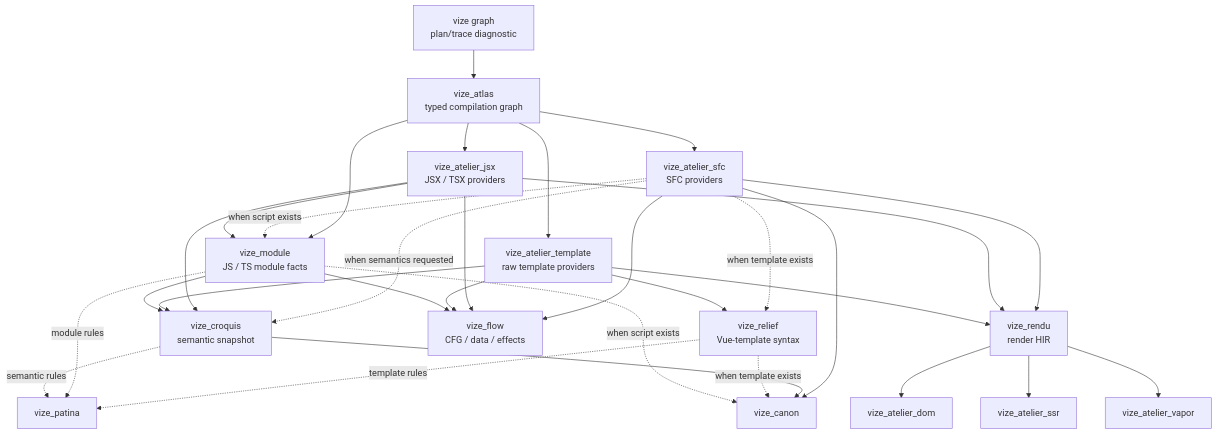
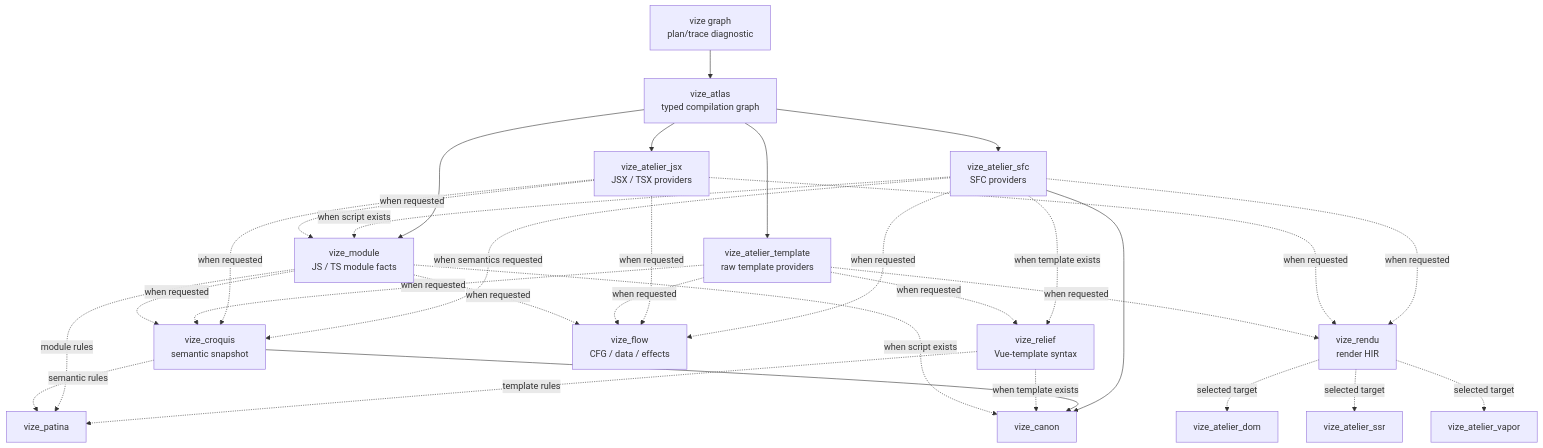
One commit to ubugeeei-prod/vize changed the first of 2 diagrams in docs/content/architecture/overview.md. Above: the diagram before and after it, drawn with Mermaid. The commit also changed other lines of this file and 52 other files, not shown here.

````diff
--- a/docs/content/architecture/overview.md
+++ b/docs/content/architecture/overview.md
@@ -26,35 +26,35 @@
 ```mermaid
 graph TD
     Canary["vize graph<br/>plan/trace diagnostic"] --> Atlas["vize_atlas<br/>typed compilation graph"]
 
     Atlas --> Sfc["vize_atelier_sfc<br/>SFC providers"]
     Atlas --> Template["vize_atelier_template<br/>raw template providers"]
     Atlas --> Jsx["vize_atelier_jsx<br/>JSX / TSX providers"]
     Atlas --> Module["vize_module<br/>JS / TS module facts"]
     Sfc -. "when script exists" .-> Module
-    Jsx --> Module
+    Jsx -. "when requested" .-> Module
     Sfc -. "when template exists" .-> Relief["vize_relief<br/>Vue-template syntax"]
     Sfc -. "when semantics requested" .-> Croquis["vize_croquis<br/>semantic snapshot"]
-    Jsx --> Croquis
-    Template --> Relief
-    Template --> Croquis
-    Module --> Croquis
-    Sfc --> Flow["vize_flow<br/>CFG / data / effects"]
-    Jsx --> Flow
-    Template --> Flow
-    Module --> Flow
-    Sfc --> Rendu["vize_rendu<br/>render HIR"]
-    Jsx --> Rendu
-    Template --> Rendu
+    Jsx -. "when requested" .-> Croquis
+    Template -. "when requested" .-> Relief
+    Template -. "when requested" .-> Croquis
+    Module -. "when requested" .-> Croquis
+    Sfc -. "when requested" .-> Flow["vize_flow<br/>CFG / data / effects"]
+    Jsx -. "when requested" .-> Flow
+    Template -. "when requested" .-> Flow
+    Module -. "when requested" .-> Flow
+    Sfc -. "when requested" .-> Rendu["vize_rendu<br/>render HIR"]
+    Jsx -. "when requested" .-> Rendu
+    Template -. "when requested" .-> Rendu
 
-    Rendu --> Dom["vize_atelier_dom"]
-    Rendu --> Ssr["vize_atelier_ssr"]
-    Rendu --> Vapor["vize_atelier_vapor"]
+    Rendu -. "selected target" .-> Dom["vize_atelier_dom"]
+    Rendu -. "selected target" .-> Ssr["vize_atelier_ssr"]
+    Rendu -. "selected target" .-> Vapor["vize_atelier_vapor"]
     Relief -. "template rules" .-> Patina["vize_patina"]
     Module -. "module rules" .-> Patina
     Croquis -. "semantic rules" .-> Patina
     Sfc --> Canon["vize_canon"]
     Croquis --> Canon
     Relief -. "when template exists" .-> Canon
     Module -. "when script exists" .-> Canon
 ```
````
